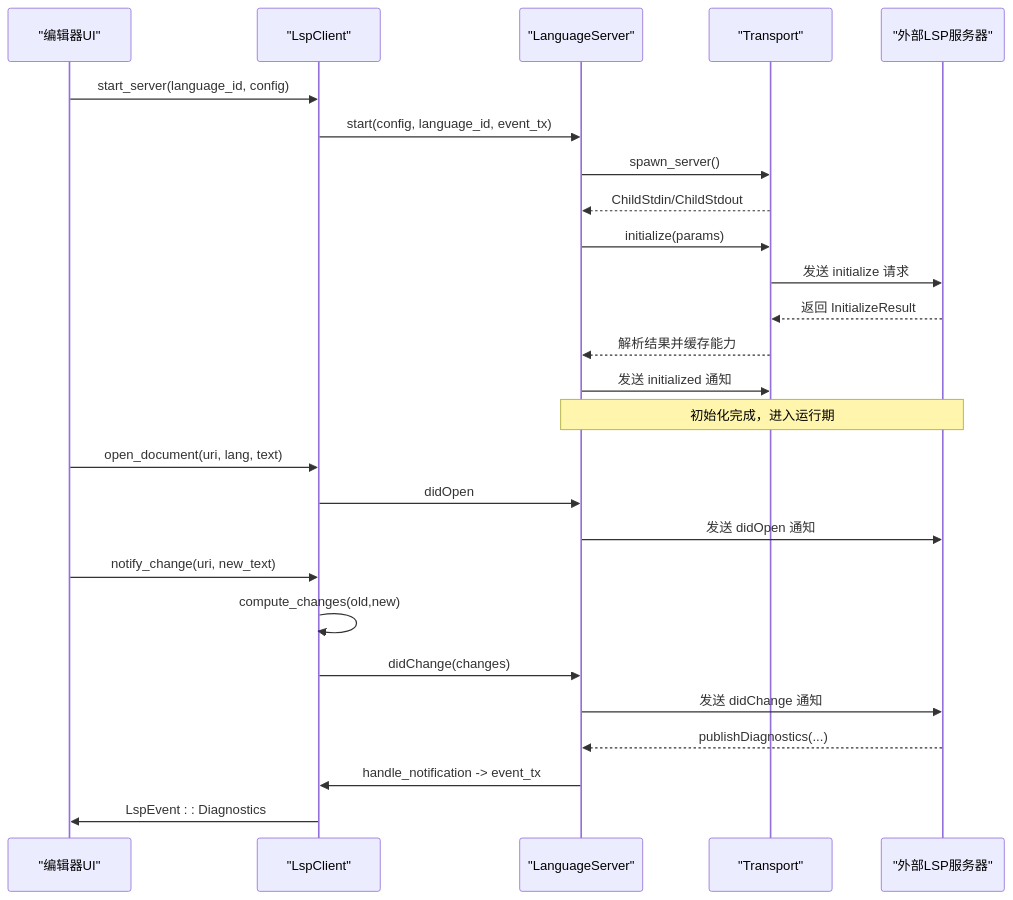
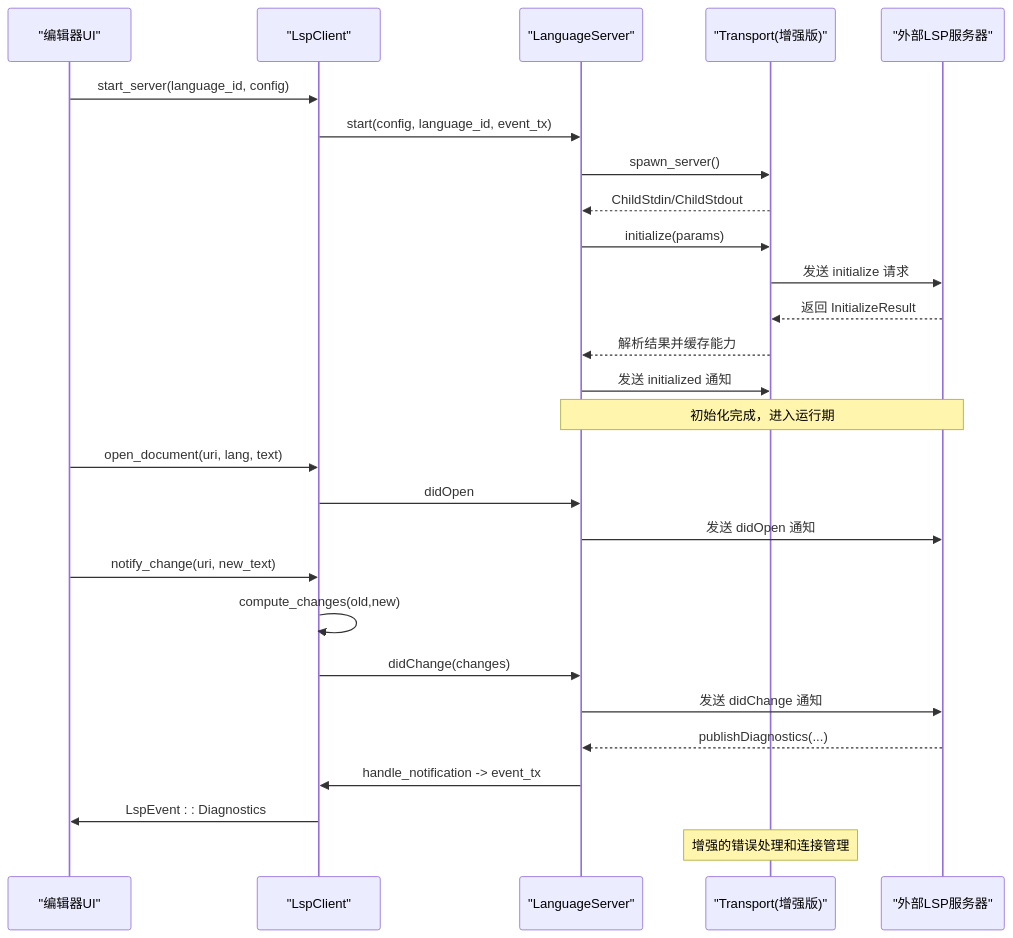
The second of 9 diagrams in .qoder/repowiki/zh/content/架构设计/语言服务集成/LSP 客户端实现.md (songdiyang/AetherStudio), drawn with Mermaid before and after one commit. The commit also changed other lines of this file and 25 other files, not shown here.

````diff
--- a/.qoder/repowiki/zh/content/架构设计/语言服务集成/LSP 客户端实现.md
+++ b/.qoder/repowiki/zh/content/架构设计/语言服务集成/LSP 客户端实现.md
@@ -118,28 +117,29 @@
 ```mermaid
 sequenceDiagram
 participant UI as "编辑器UI"
 participant Client as "LspClient"
 participant Server as "LanguageServer"
-participant Trans as "Transport"
+participant Trans as "Transport(增强版)"
 participant LS as "外部LSP服务器"
 UI->>Client : start_server(language_id, config)
 Client->>Server : start(config, language_id, event_tx)
 Server->>Trans : spawn_server()
 Trans-->>Server : ChildStdin/ChildStdout
 Server->>Trans : initialize(params)
 Trans->>LS : 发送 initialize 请求
 LS-->>Trans : 返回 InitializeResult
 Trans-->>Server : 解析结果并缓存能力
 Server->>Trans : 发送 initialized 通知
 Note over Server,LS : 初始化完成，进入运行期
 UI->>Client : open_document(uri, lang, text)
 Client->>Server : didOpen
 Server->>LS : 发送 didOpen 通知
 UI->>Client : notify_change(uri, new_text)
 Client->>Client : compute_changes(old,new)
 Client->>Server : didChange(changes)
 Server->>LS : 发送 didChange 通知
 LS-->>Server : publishDiagnostics(...)
 Server->>Client : handle_notification -> event_tx
 Client->>UI : LspEvent : : Diagnostics
+Note over Trans : 增强的错误处理和连接管理
 ```
````
